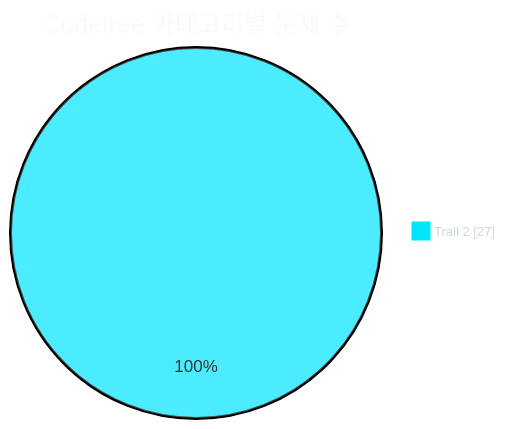
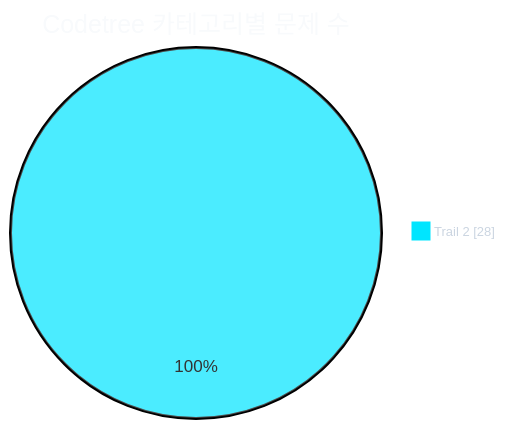
One commit to CHOOSLA/Algorithm changed the first of 2 diagrams in readme.md. Above: the diagram before and after it, drawn with Mermaid. The commit also changed other lines of this file and 2 other files, not shown here.

````diff
--- a/readme.md
+++ b/readme.md
@@ -31,21 +31,21 @@
 ```mermaid
 ---
 config:
   theme: base
   themeVariables:
     background: '#0d1117'
     pieTitleTextColor: '#f8fafc'
     pieLegendTextColor: '#cbd5e1'
     pieLegendTextSize: '13px'
     pie1: '#00e5ff'
     pie2: '#22c55e'
     pie3: '#f59e0b'
     pie4: '#a855f7'
     pie5: '#ec4899'
     pie6: '#3b82f6'
     pie7: '#64748b'
 ---
 pie showData
   title Codetree 카테고리별 문제 수
-  "Trail 2" : 27
+  "Trail 2" : 28
 ```
````
